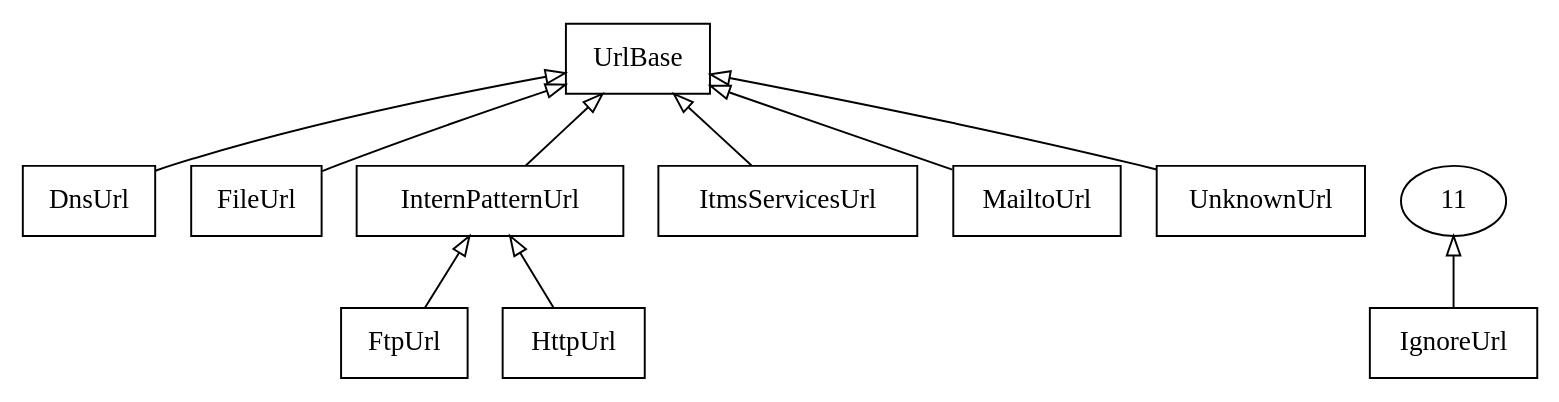
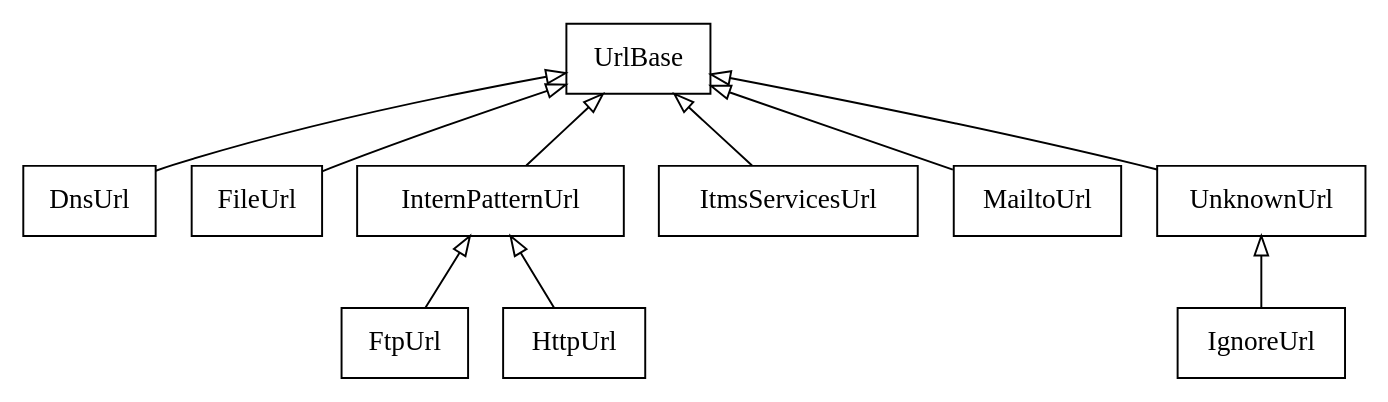
Before and after one commit to linkchecker/linkchecker: the diagram in doc/src/code/index.rst, drawn with Graphviz.

Commit message:
Fix Code documentation inheritance diagram
Broken in:
b3429c475 ("Remove support for nntp and telnet", 2023-08-28)

```diff
--- a/doc/src/code/index.rst
+++ b/doc/src/code/index.rst
@@ -32,26 +32,26 @@
 .. graphviz::
    :alt: linkcheck.checker classes
 
    digraph "linkcheck.checker classes" {
    charset="utf-8"
    rankdir=BT
    "1" [label="DnsUrl", shape="record", href="../code/linkcheck/linkcheck.checker.dnsurl.html", target="_blank"];
    "2" [label="FileUrl", shape="record", href="../code/linkcheck/linkcheck.checker.fileurl.html", target="_blank"];
    "3" [label="FtpUrl", shape="record", href="../code/linkcheck/linkcheck.checker.ftpurl.html", target="_blank"];
    "4" [label="HttpUrl", shape="record", href="../code/linkcheck/linkcheck.checker.httpurl.html", target="_blank"];
    "5" [label="IgnoreUrl", shape="record", href="../code/linkcheck/linkcheck.checker.ignoreurl.html", target="_blank"];
    "6" [label="InternPatternUrl", shape="record", href="../code/linkcheck/linkcheck.checker.internpaturl.html", target="_blank"];
    "7" [label="ItmsServicesUrl", shape="record", href="../code/linkcheck/linkcheck.checker.itmsservicesurl.html", target="_blank"];
    "8" [label="MailtoUrl", shape="record", href="../code/linkcheck/linkcheck.checker.mailtourl.html", target="_blank"];
    "9" [label="UnknownUrl", shape="record", href="../code/linkcheck/linkcheck.checker.unknownurl.html", target="_blank"];
    "10" [label="UrlBase", shape="record", href="../code/linkcheck/linkcheck.checker.urlbase.html", target="_blank"];
    "1" -> "10" [arrowhead="empty", arrowtail="none"];
    "2" -> "10" [arrowhead="empty", arrowtail="none"];
    "3" -> "6" [arrowhead="empty", arrowtail="none"];
    "4" -> "6" [arrowhead="empty", arrowtail="none"];
-   "5" -> "11" [arrowhead="empty", arrowtail="none"];
+   "5" -> "9" [arrowhead="empty", arrowtail="none"];
    "6" -> "10" [arrowhead="empty", arrowtail="none"];
    "7" -> "10" [arrowhead="empty", arrowtail="none"];
    "8" -> "10" [arrowhead="empty", arrowtail="none"];
    "9" -> "10" [arrowhead="empty", arrowtail="none"];
    }
```
